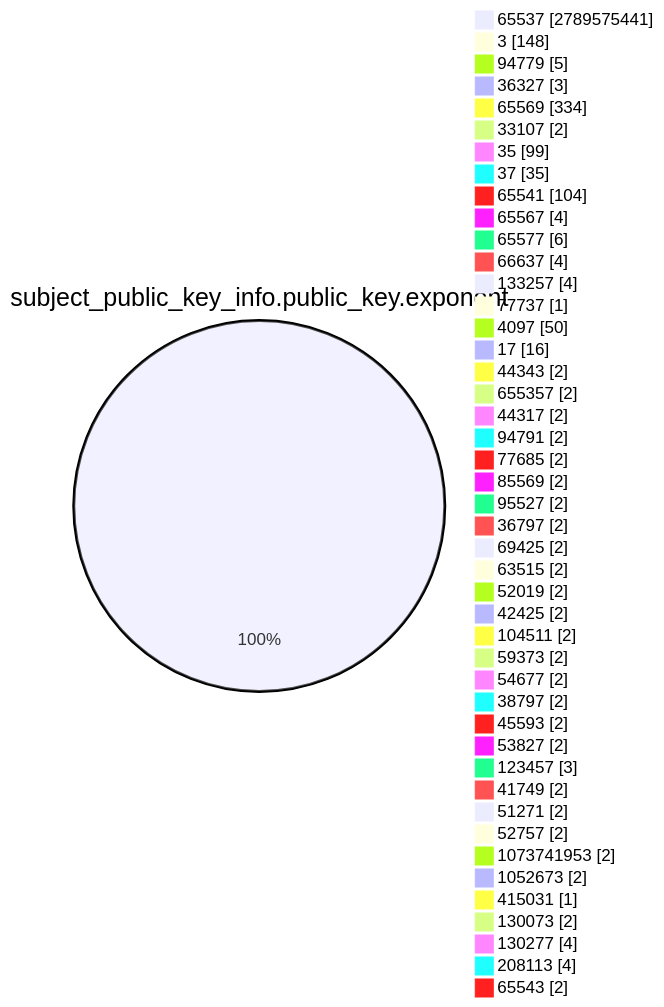
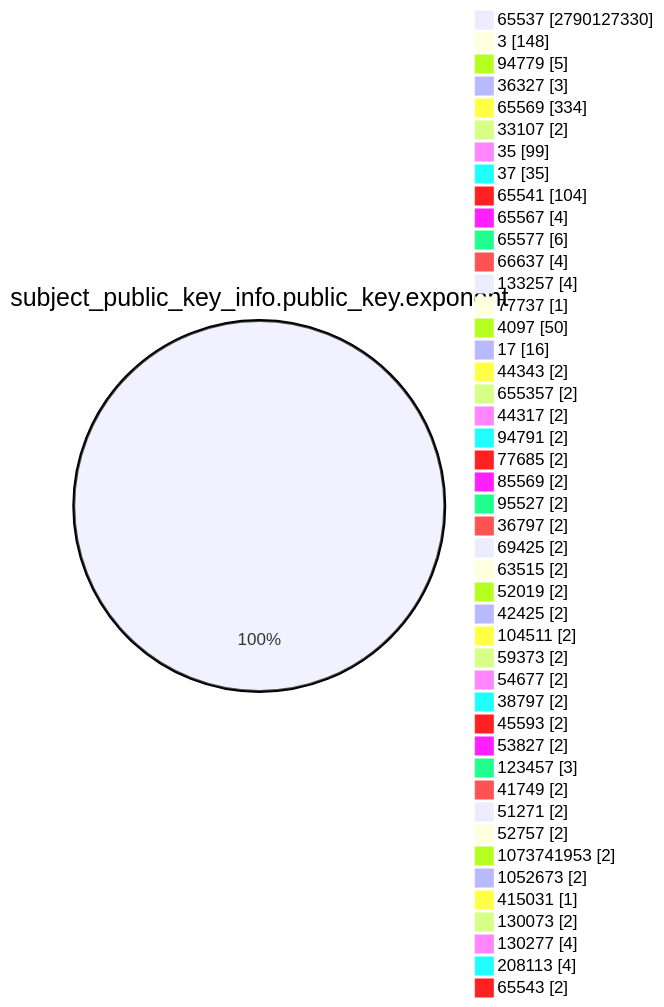
Before and after one commit to christiankrug/ctmonitor_visualization: the fourth of 15 diagrams in TOTAL/README.md, drawn with Mermaid. The commit also changed other lines of this file, not shown here.

````diff
--- a/TOTAL/README.md
+++ b/TOTAL/README.md
@@ -1467,49 +1467,49 @@
 ```mermaid
 pie showData
 title subject_public_key_info.public_key.exponent
-"65537" :2789575441
+"65537" :2790127330
 "3" :148
 "94779" :5
 "36327" :3
 "65569" :334
 "33107" :2
 "35" :99
 "37" :35
 "65541" :104
 "65567" :4
 "65577" :6
 "66637" :4
 "133257" :4
 "77737" :1
 "4097" :50
 "17" :16
 "44343" :2
 "655357" :2
 "44317" :2
 "94791" :2
 "77685" :2
 "85569" :2
 "95527" :2
 "36797" :2
 "69425" :2
 "63515" :2
 "52019" :2
 "42425" :2
 "104511" :2
 "59373" :2
 "54677" :2
 "38797" :2
 "45593" :2
 "53827" :2
 "123457" :3
 "41749" :2
 "51271" :2
 "52757" :2
 "1073741953" :2
 "1052673" :2
 "415031" :1
 "130073" :2
 "130277" :4
 "208113" :4
 "65543" :2
 ```
````
